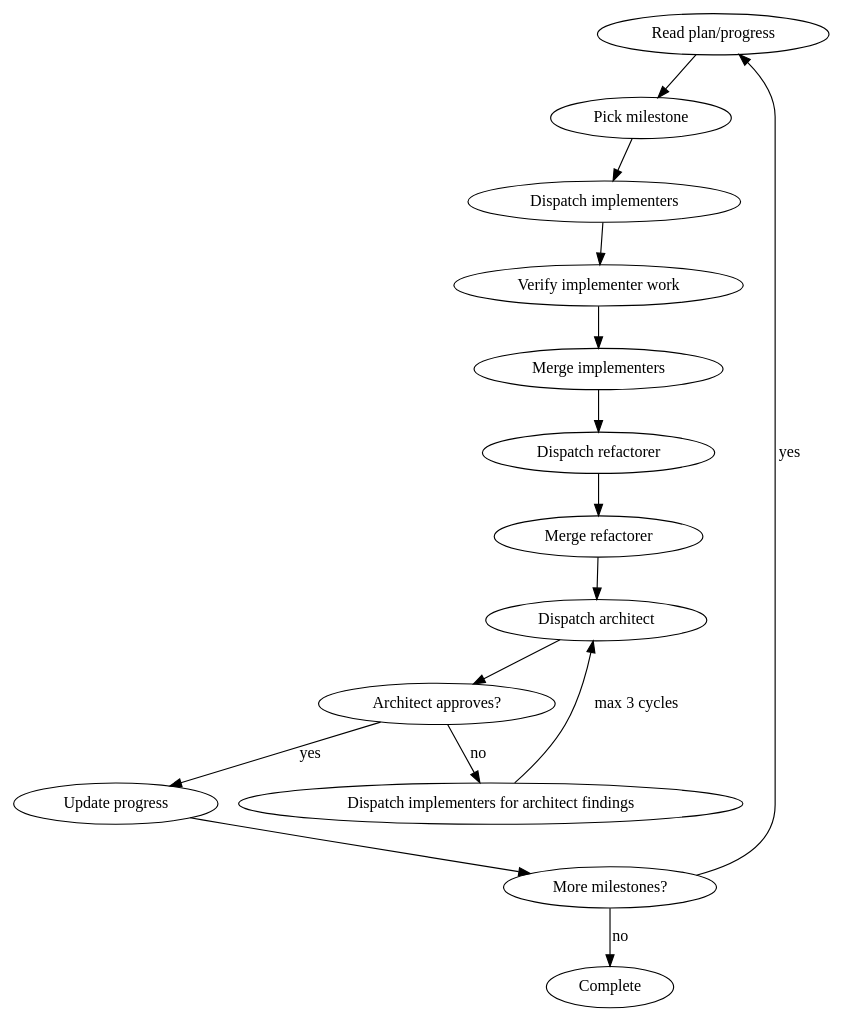
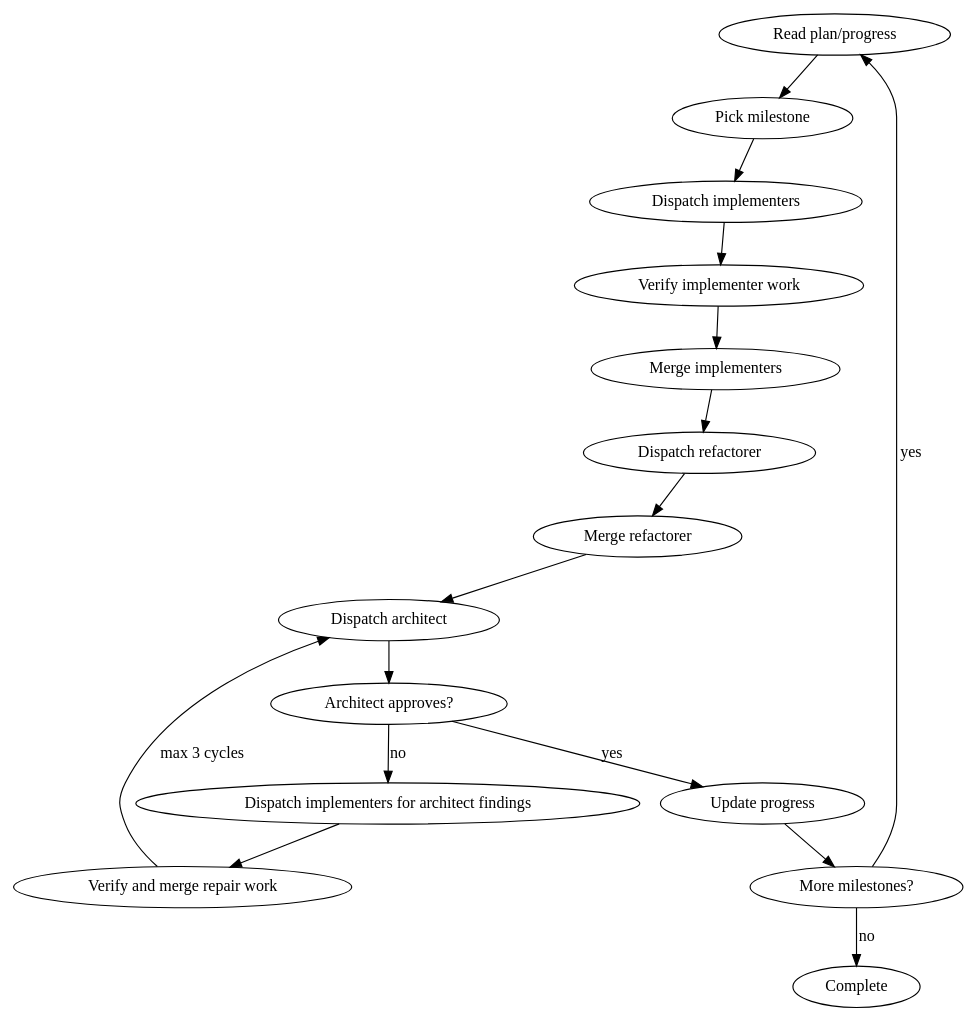
Before and after one commit to vadimcomanescu/agents-skills: the diagram in skills/shepherd/SKILL.md, drawn with Graphviz. The commit also changed other lines of this file and 8 other files, not shown here.

````diff
--- a/skills/shepherd/SKILL.md
+++ b/skills/shepherd/SKILL.md
@@ -103,19 +119,20 @@
 ```dot
 digraph shepherd_loop {
   rankdir=TB;
   "Read plan/progress" -> "Pick milestone";
   "Pick milestone" -> "Dispatch implementers";
   "Dispatch implementers" -> "Verify implementer work";
   "Verify implementer work" -> "Merge implementers";
   "Merge implementers" -> "Dispatch refactorer";
   "Dispatch refactorer" -> "Merge refactorer";
   "Merge refactorer" -> "Dispatch architect";
   "Dispatch architect" -> "Architect approves?";
   "Architect approves?" -> "Update progress" [label="yes"];
   "Architect approves?" -> "Dispatch implementers for architect findings" [label="no"];
-  "Dispatch implementers for architect findings" -> "Dispatch architect" [label="max 3 cycles"];
+  "Dispatch implementers for architect findings" -> "Verify and merge repair work";
+  "Verify and merge repair work" -> "Dispatch architect" [label="max 3 cycles"];
   "Update progress" -> "More milestones?";
   "More milestones?" -> "Read plan/progress" [label="yes"];
   "More milestones?" -> "Complete" [label="no"];
 }
 ```
````
